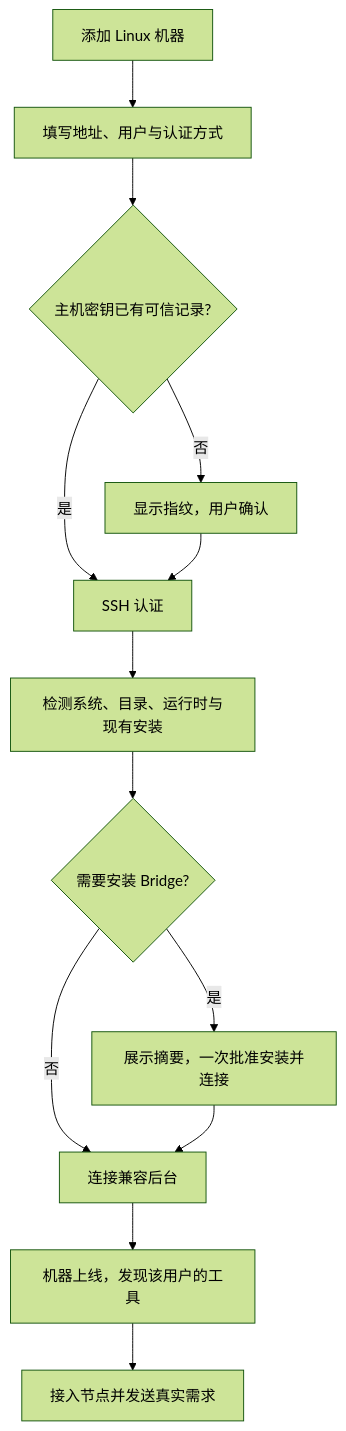
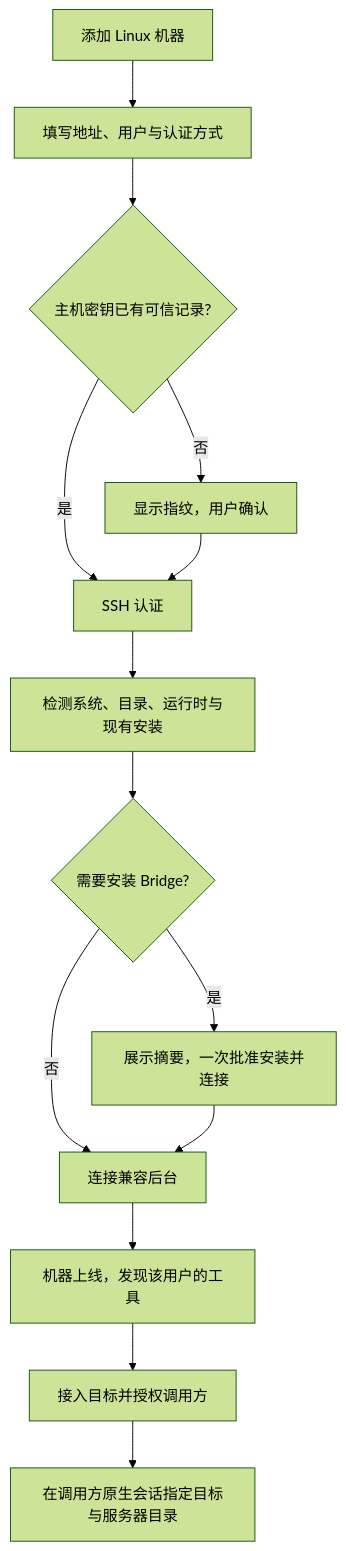
The diagram in doc/product-design.md (wsjq5477/MA-Relay), drawn with Mermaid (forest theme) before and after one commit. The commit also changed other lines of this file and 16 other files, not shown here.

````diff
--- a/doc/product-design.md
+++ b/doc/product-design.md
@@ -134,15 +134,16 @@
 ```mermaid
 flowchart TD
   Add[添加 Linux 机器] --> Login[填写地址、用户与认证方式]
   Login --> Trust{主机密钥已有可信记录?}
   Trust -->|否| Confirm[显示指纹，用户确认]
   Trust -->|是| Auth[SSH 认证]
   Confirm --> Auth
   Auth --> Inspect[检测系统、目录、运行时与现有安装]
   Inspect --> Install{需要安装 Bridge?}
   Install -->|是| Preview[展示摘要，一次批准安装并连接]
   Install -->|否| Connect[连接兼容后台]
   Preview --> Connect
   Connect --> Nodes[机器上线，发现该用户的工具]
-  Nodes --> Task[接入节点并发送真实需求]
+  Nodes --> Grant[接入目标并授权调用方]
+  Grant --> Task[在调用方原生会话指定目标与服务器目录]
 ```
````
